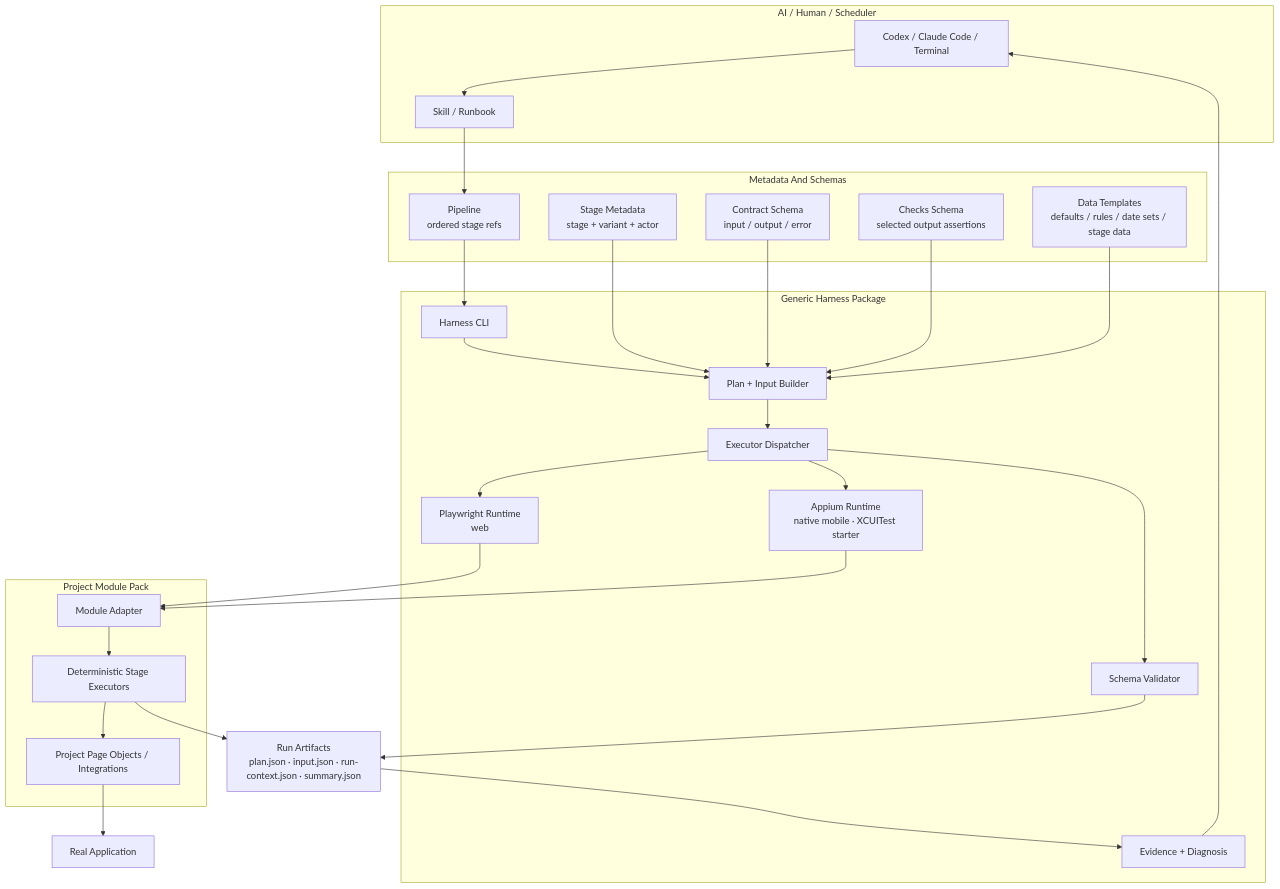
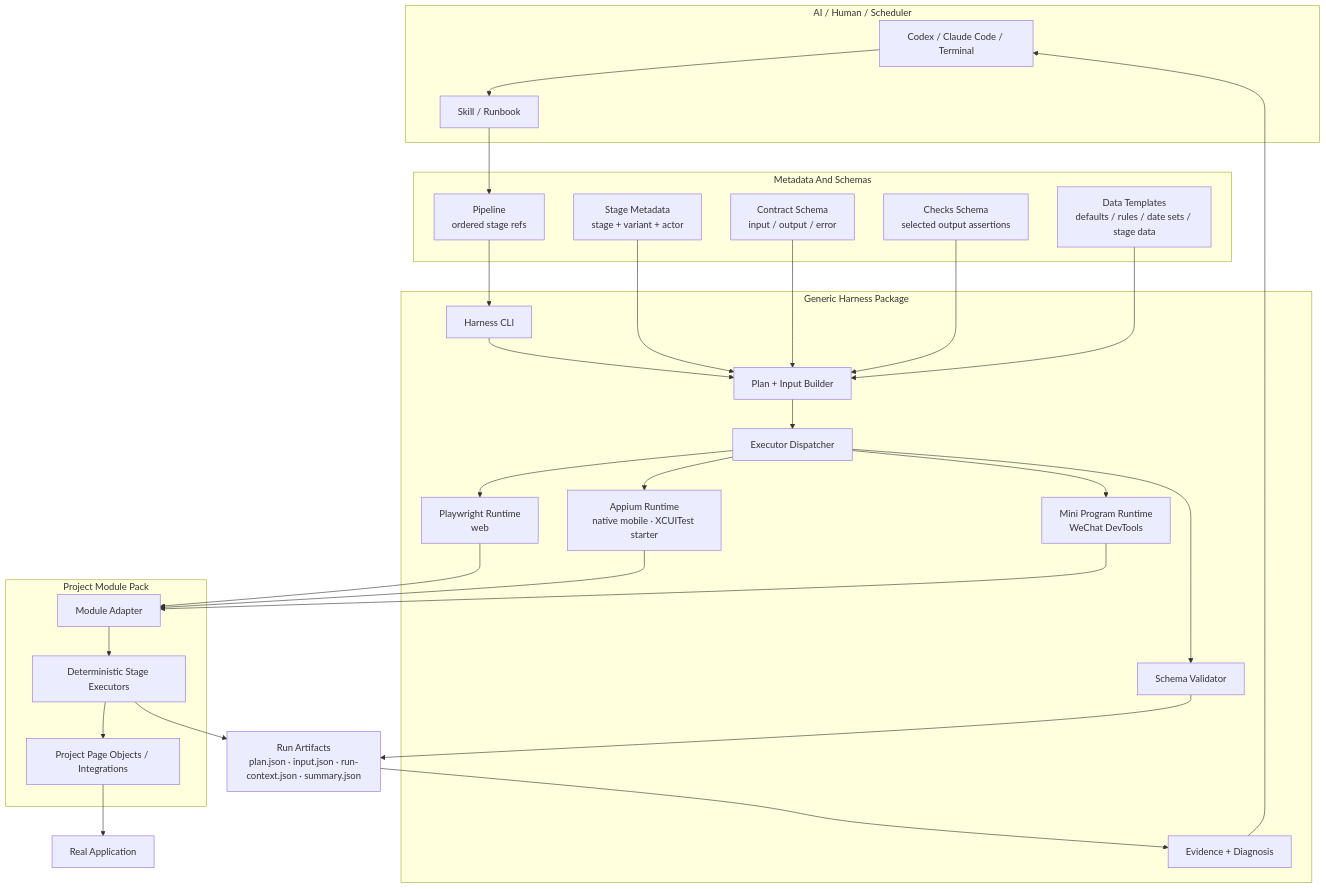
One commit to vurtnec/regressionwright changed the first of 2 diagrams in docs/regressionwright-architecture.md. Above: the diagram before and after it, drawn with Mermaid. The commit also changed other lines of this file and 57 other files, not shown here.

Commit message:
Add WeChat Mini Program executor support

````diff
--- a/docs/regressionwright-architecture.md
+++ b/docs/regressionwright-architecture.md
@@ -16,56 +16,59 @@
 ```mermaid
 flowchart TB
   subgraph AI["AI / Human / Scheduler"]
     Operator["Codex / Claude Code / Terminal"]
     Skill["Skill / Runbook"]
   end
 
   subgraph Boundary["Metadata And Schemas"]
     Pipeline["Pipeline<br/>ordered stage refs"]
     StageMeta["Stage Metadata<br/>stage + variant + actor"]
     Contract["Contract Schema<br/>input / output / error"]
     Checks["Checks Schema<br/>selected output assertions"]
     DataRules["Data Templates<br/>defaults / rules / date sets / stage data"]
   end
 
   subgraph Harness["Generic Harness Package"]
     CLI["Harness CLI"]
     Planner["Plan + Input Builder"]
     Runner["Executor Dispatcher"]
     Playwright["Playwright Runtime<br/>web"]
     Appium["Appium Runtime<br/>native mobile · XCUITest starter"]
+    MiniProgram["Mini Program Runtime<br/>WeChat DevTools"]
     Validator["Schema Validator"]
     Evidence["Evidence + Diagnosis"]
   end
 
   subgraph Project["Project Module Pack"]
     Adapter["Module Adapter"]
     StageCode["Deterministic Stage Executors"]
     PageObjects["Project Page Objects / Integrations"]
   end
 
   App["Real Application"]
   Artifacts["Run Artifacts<br/>plan.json · input.json · run-context.json · summary.json"]
 
   Operator --> Skill
   Skill --> Pipeline
   Pipeline --> CLI
   StageMeta --> Planner
   Contract --> Planner
   Checks --> Planner
   DataRules --> Planner
   CLI --> Planner
   Planner --> Runner
   Runner --> Playwright
   Runner --> Appium
+  Runner --> MiniProgram
   Playwright --> Adapter
   Appium --> Adapter
+  MiniProgram --> Adapter
   Adapter --> StageCode
   StageCode --> PageObjects
   PageObjects --> App
   StageCode --> Artifacts
   Validator --> Artifacts
   Runner --> Validator
   Artifacts --> Evidence
   Evidence --> Operator
 ```
````
